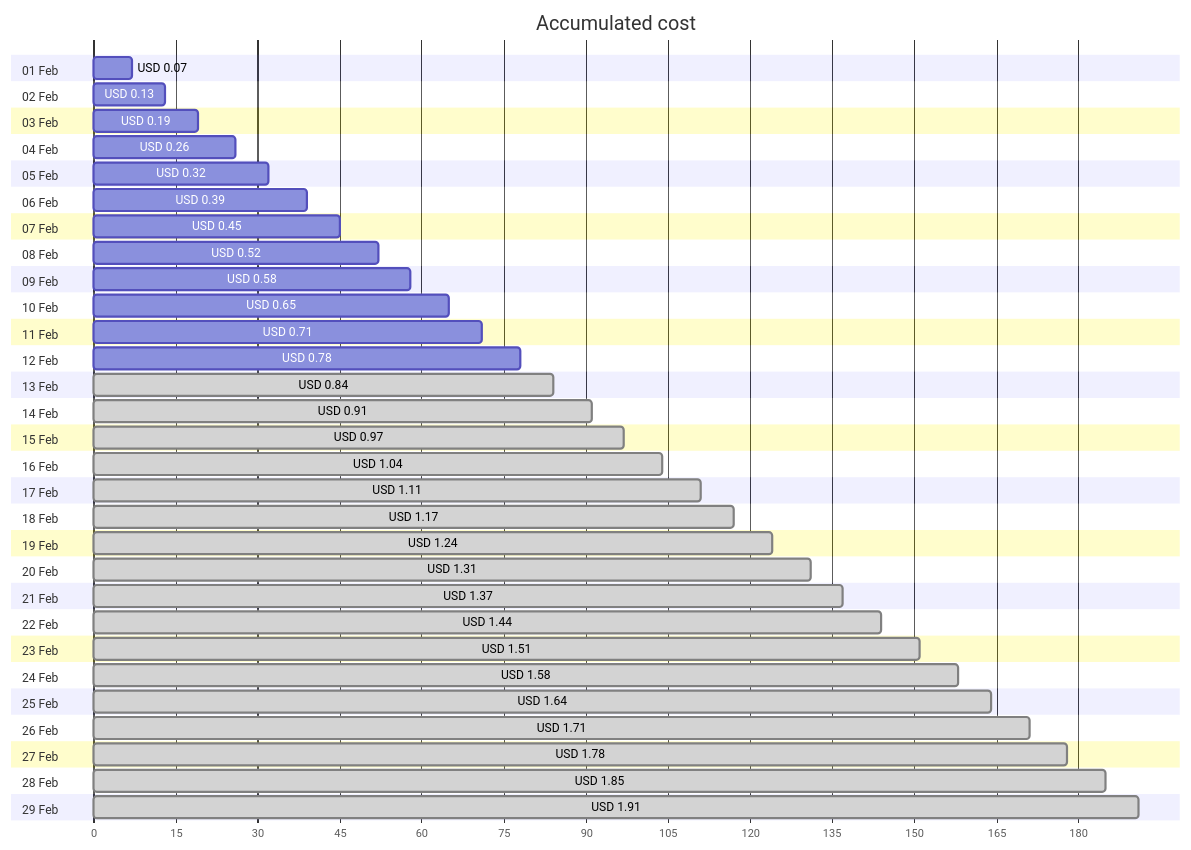
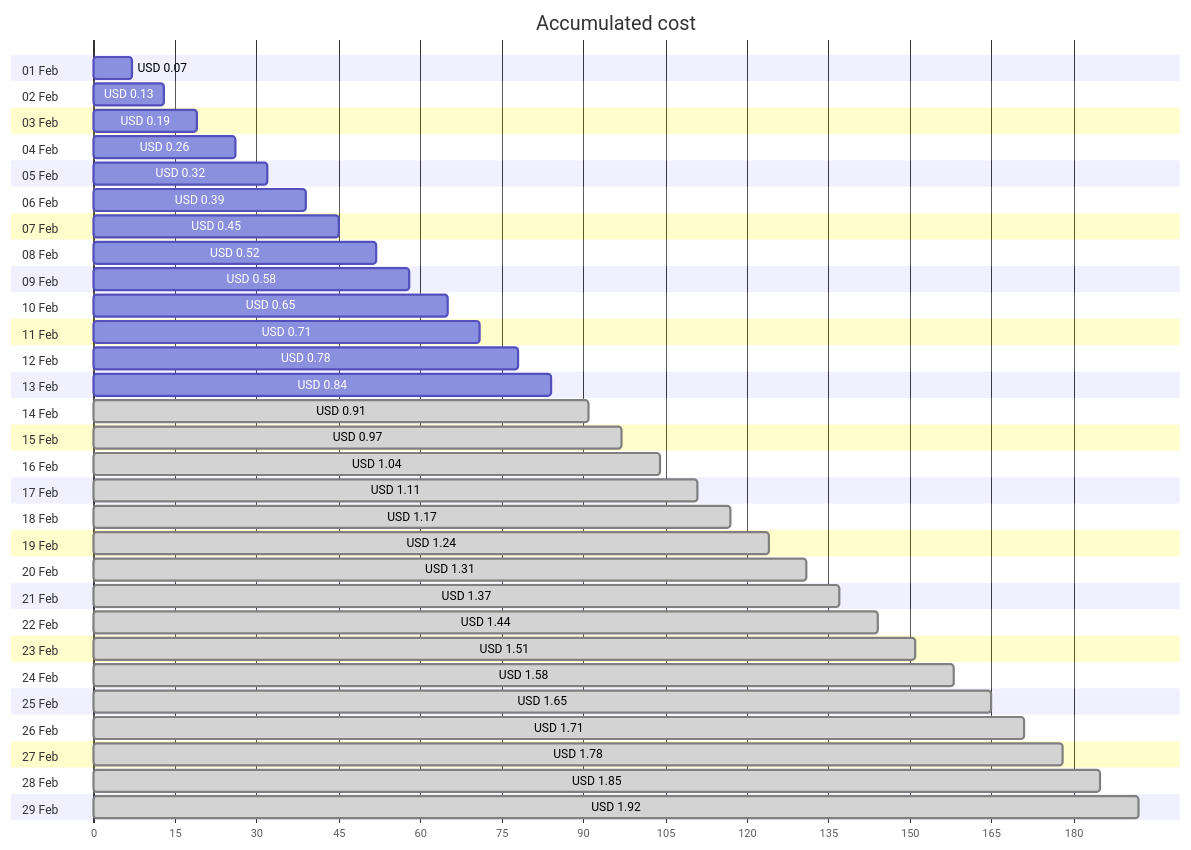
The first of 4 diagrams in cost-reports/personal-network/backup-server_OsDisk.md (jpfulton/azure-personal-reports), drawn with Mermaid before and after one commit. The commit also changed other lines of this file and 8 other files, not shown here.

````diff
--- a/cost-reports/personal-network/backup-server_OsDisk.md
+++ b/cost-reports/personal-network/backup-server_OsDisk.md
@@ -20,64 +20,64 @@
 ```mermaid
 gantt
    title Accumulated cost
    dateFormat  X
    axisFormat %s
    section 01 Feb
    USD 0.07 :0, 7
    section 02 Feb
    USD 0.13 :0, 13
    section 03 Feb
    USD 0.19 :0, 19
    section 04 Feb
    USD 0.26 :0, 26
    section 05 Feb
    USD 0.32 :0, 32
    section 06 Feb
    USD 0.39 :0, 39
    section 07 Feb
    USD 0.45 :0, 45
    section 08 Feb
    USD 0.52 :0, 52
    section 09 Feb
    USD 0.58 :0, 58
    section 10 Feb
    USD 0.65 :0, 65
    section 11 Feb
    USD 0.71 :0, 71
    section 12 Feb
    USD 0.78 :0, 78
    section 13 Feb
-   USD 0.84 : done, 0, 84
+   USD 0.84 :0, 84
    section 14 Feb
    USD 0.91 : done, 0, 91
    section 15 Feb
    USD 0.97 : done, 0, 97
    section 16 Feb
    USD 1.04 : done, 0, 104
    section 17 Feb
    USD 1.11 : done, 0, 111
    section 18 Feb
    USD 1.17 : done, 0, 117
    section 19 Feb
    USD 1.24 : done, 0, 124
    section 20 Feb
    USD 1.31 : done, 0, 131
    section 21 Feb
    USD 1.37 : done, 0, 137
    section 22 Feb
    USD 1.44 : done, 0, 144
    section 23 Feb
    USD 1.51 : done, 0, 151
    section 24 Feb
    USD 1.58 : done, 0, 158
    section 25 Feb
-   USD 1.64 : done, 0, 164
+   USD 1.65 : done, 0, 165
    section 26 Feb
    USD 1.71 : done, 0, 171
    section 27 Feb
    USD 1.78 : done, 0, 178
    section 28 Feb
    USD 1.85 : done, 0, 185
    section 29 Feb
-   USD 1.91 : done, 0, 191
+   USD 1.92 : done, 0, 192
 ```
````
